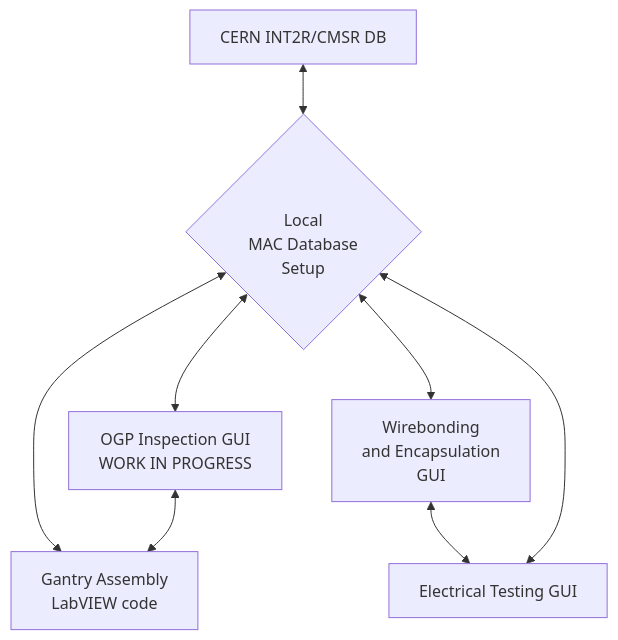
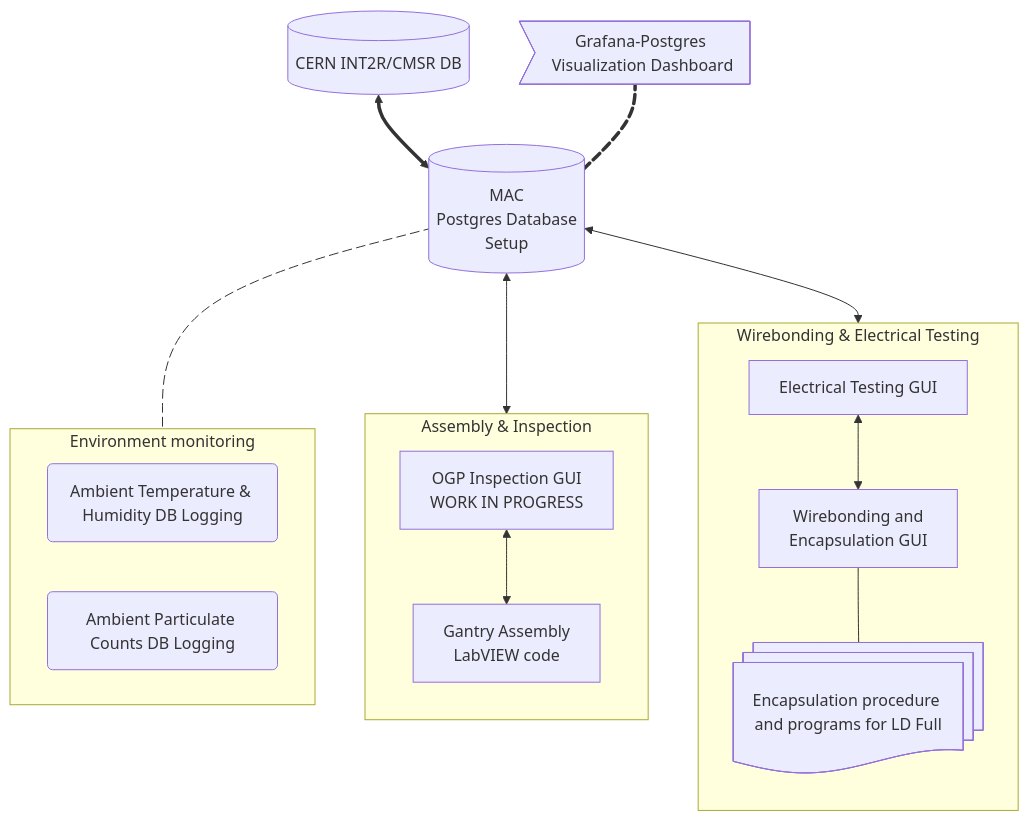
Before and after one commit to cmu-hgc-mac/.github: the diagram in profile/README.md, drawn with Mermaid. The commit also changed other lines of this file, not shown here.

````diff
--- a/profile/README.md
+++ b/profile/README.md
@@ -11,16 +5,42 @@
 ```mermaid
 graph TD
-    K[CERN INT2R/CMSR DB] <--> A
-    A{<br>Local<br>MAC Database<br>Setup} <--> B[OGP Inspection GUI<br>WORK IN PROGRESS]
-    A{<br>Local<br>MAC Database<br>Setup} <--> C[Gantry Assembly<br>LabVIEW code]
-    B <--> C
-    A <--> D[Wirebonding<br>and Encapsulation<br>GUI]
-    D <--> E[Electrical Testing GUI]
-    E <--> A
+    
+    subgraph AI [Assembly & Inspection]
+        direction TB
+        I[OGP Inspection GUI<br>WORK IN PROGRESS] <--> L[Gantry Assembly<br>LabVIEW code]
+    end
+
+    subgraph WET [Wirebonding & Electrical Testing]
+        direction TB
+        T[Electrical Testing GUI] <--> W[Wirebonding and<br> Encapsulation GUI]
+        EP@{ shape: docs, label: "Encapsulation procedure and programs for LD Full" }
+        W --- EP
+    end
+
+    subgraph EM [Environment monitoring]
+        direction LR
+        H(Ambient Temperature & Humidity DB Logging) 
+        P(Ambient Particulate Counts DB Logging) 
+    end
+
+    K[(CERN INT2R/CMSR DB)] <==> A[(MAC<br>Postgres Database<br>Setup)]
+    G>Grafana-Postgres Visualization Dashboard] e1@ === A
+    A e2@--- EM
+    A <--> AI
+    A <--> WET
+    
     click A href "https://github.com/cmu-hgc-mac/HGC_DB_postgres/"
-    click B href "https://github.com/cmu-hgc-mac/HGC_OGP_DB"
-    click C href "https://github.com/cmu-hgc-mac/Gantry"
-    click D href "https://github.com/cmu-hgc-mac/wirebonder_gui"
-    click E href "https://gitlab.cern.ch/acrobert/hgcal-module-testing-gui/"
+    click I href "https://github.com/cmu-hgc-mac/HGC_OGP_DB"
+    click L href "https://github.com/cmu-hgc-mac/Gantry"
+    click W href "https://github.com/cmu-hgc-mac/wirebonder_gui"
+    click T href "https://gitlab.cern.ch/acrobert/hgcal-module-testing-gui/"
+    click K href "https://gitlab.cern.ch/groups/hgcal-database/-/issues"
+    click G href "https://github.com/cmu-hgc-mac/grafana_hgcdb_dashboard"
+    click P href "https://github.com/cmu-hgc-mac/ambient-particulate-counts"
+    click H href "https://github.com/cmu-hgc-mac/ambient-temp-humidity"
+    click EP href "https://github.com/cmu-hgc-mac/encapsulation"
+    e1@{ animate: true }
+    e2@{ animate: true }
+    
 
 ```
````
